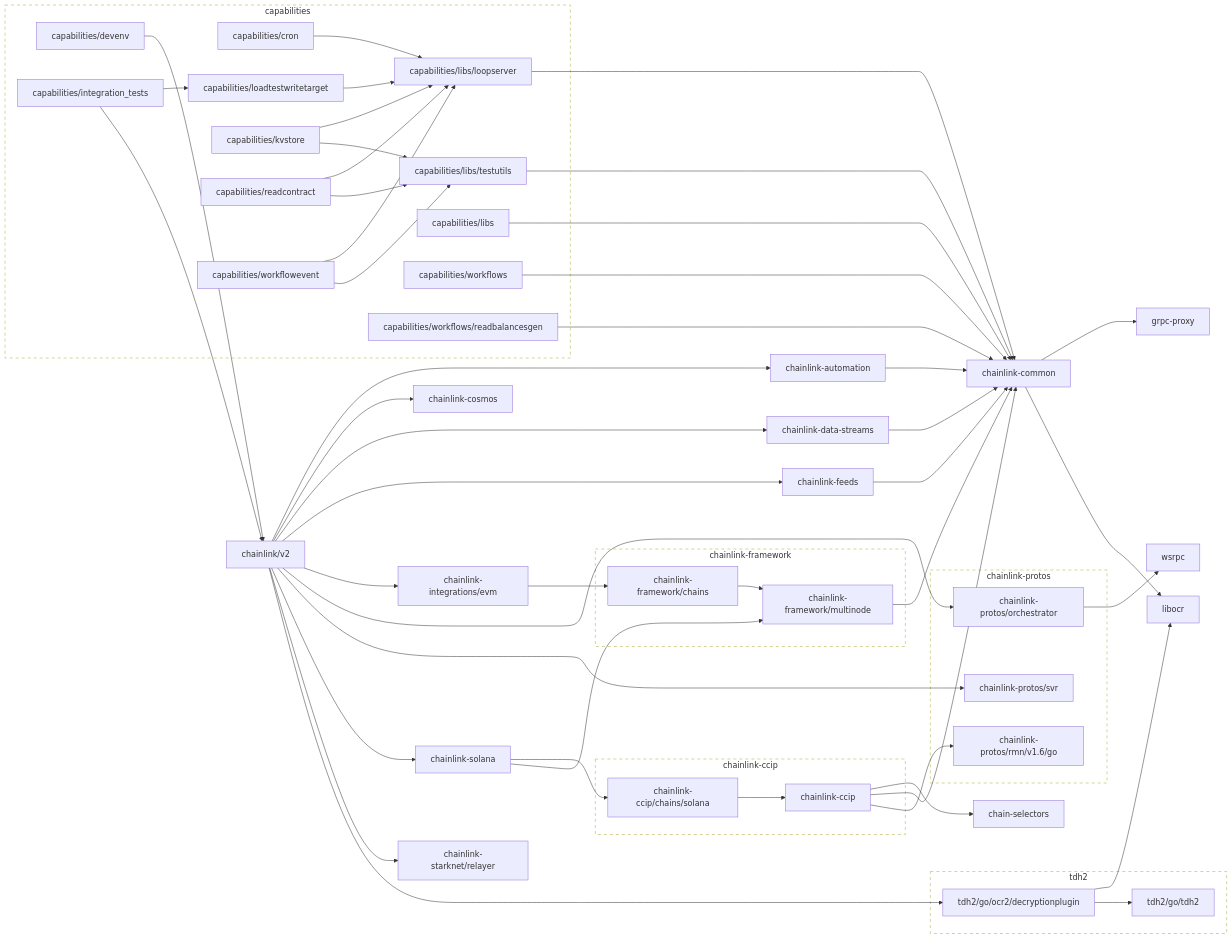
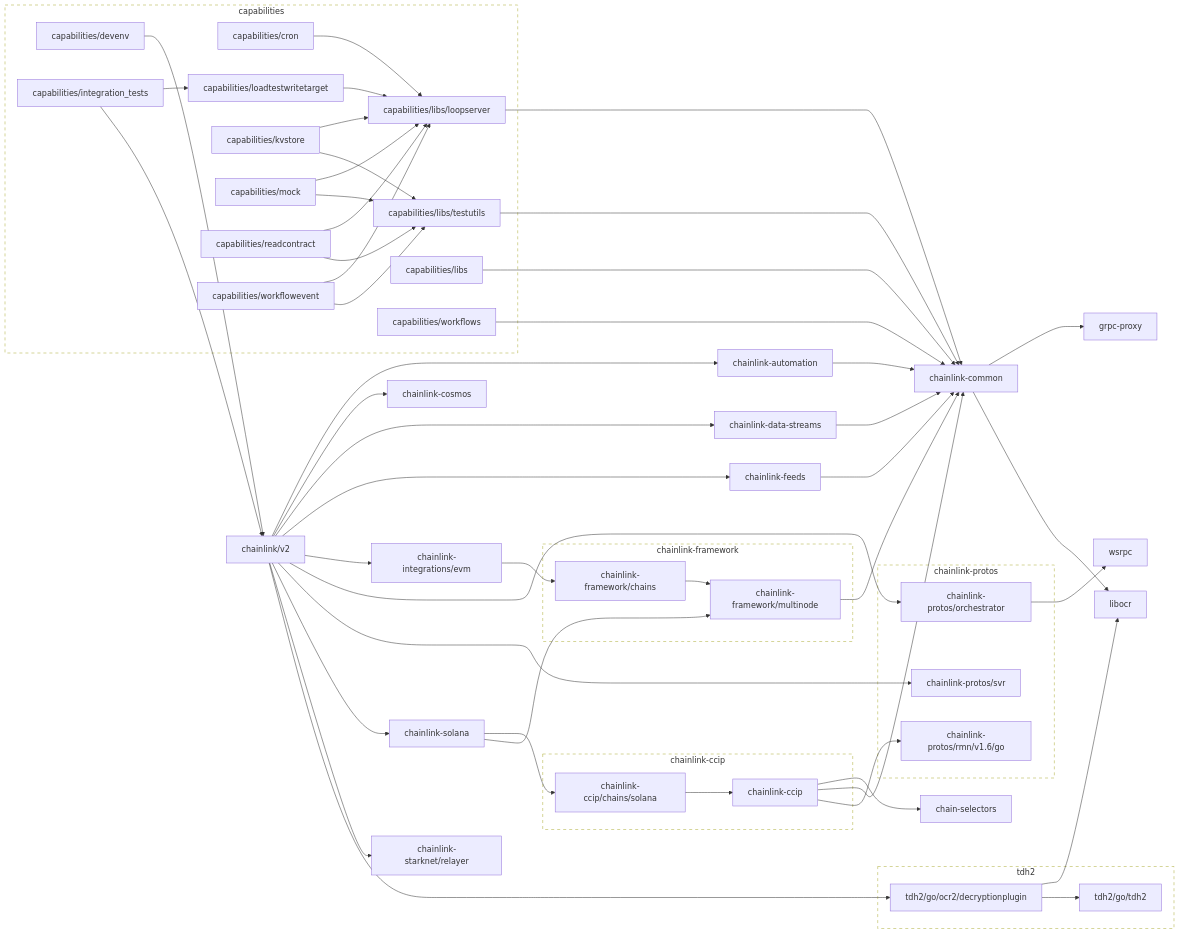
One commit to smartcontractkit/capabilities changed the diagram in go.md. Above: the diagram before and after it, drawn with Mermaid. The commit also changed 7 other files, not shown here.

```diff
--- a/go.md
+++ b/go.md
@@ -20,6 +20,9 @@
 	click capabilities/libs/testutils href "https://github.com/smartcontractkit/capabilities"
 	capabilities/loadtestwritetarget --> capabilities/libs/loopserver
 	click capabilities/loadtestwritetarget href "https://github.com/smartcontractkit/capabilities"
+	capabilities/mock --> capabilities/libs/loopserver
+	capabilities/mock --> capabilities/libs/testutils
+	click capabilities/mock href "https://github.com/smartcontractkit/capabilities"
 	capabilities/readcontract --> capabilities/libs/loopserver
 	capabilities/readcontract --> capabilities/libs/testutils
 	click capabilities/readcontract href "https://github.com/smartcontractkit/capabilities"
@@ -28,8 +31,6 @@
 	click capabilities/workflowevent href "https://github.com/smartcontractkit/capabilities"
 	capabilities/workflows --> chainlink-common
 	click capabilities/workflows href "https://github.com/smartcontractkit/capabilities"
-	capabilities/workflows/readbalancesgen --> chainlink-common
-	click capabilities/workflows/readbalancesgen href "https://github.com/smartcontractkit/capabilities"
 	chain-selectors
 	click chain-selectors href "https://github.com/smartcontractkit/chain-selectors"
 	chainlink-automation --> chainlink-common
@@ -98,10 +99,10 @@
 		 capabilities/libs/loopserver
 		 capabilities/libs/testutils
 		 capabilities/loadtestwritetarget
+		 capabilities/mock
 		 capabilities/readcontract
 		 capabilities/workflowevent
 		 capabilities/workflows
-		 capabilities/workflows/readbalancesgen
 	end
 	click capabilities-repo href "https://github.com/smartcontractkit/capabilities"
 
```
